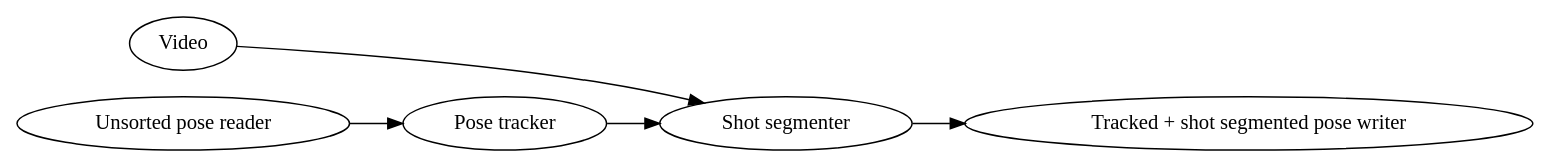
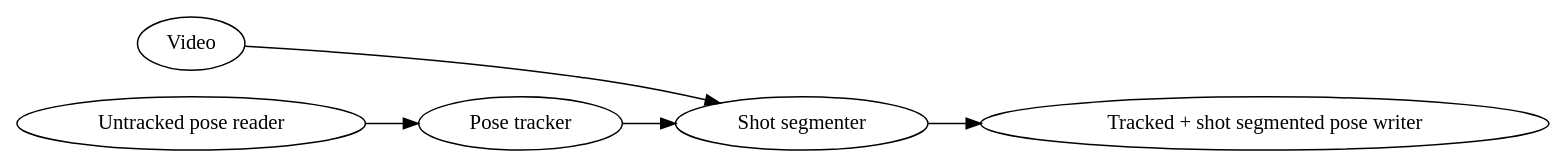
The third of 5 diagrams in docs/pipelines-overview.md (frankier/skelshop), drawn with Graphviz before and after one commit. The commit also changed other lines of this file and 12 other files, not shown here.

````diff
--- a/docs/pipelines-overview.md
+++ b/docs/pipelines-overview.md
@@ -33,12 +33,12 @@
 ```graphviz dot filterpipe.png
     digraph G {
         rankdir=LR
         video [label="Video"]
-        reader [label="Unsorted pose reader"]
+        reader [label="Untracked pose reader"]
         tracker [label="Pose tracker"]
         segmenter [label="Shot segmenter"]
         writer [label="Tracked + shot segmented pose writer"]
         reader -> tracker -> segmenter -> writer;
         video -> segmenter [weight=0];
     }
 ```
````
